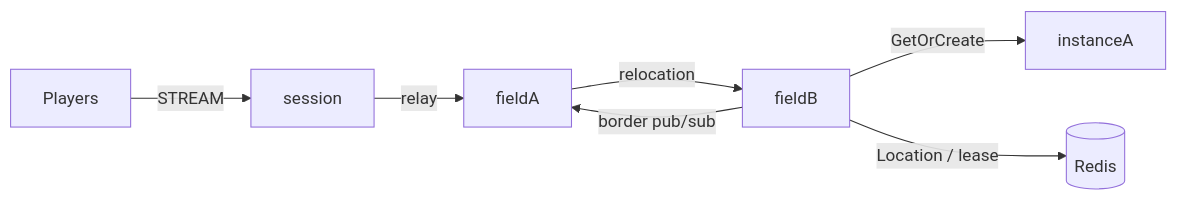
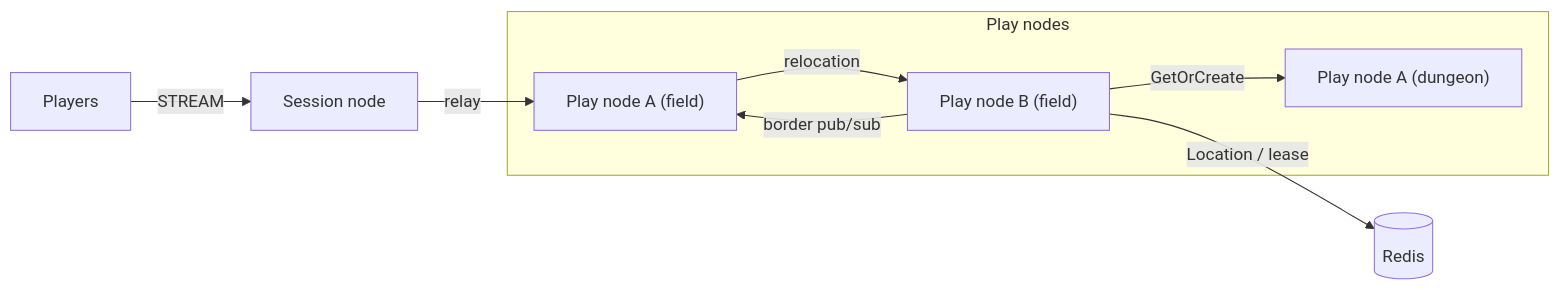
The diagram in framework/languages/node/templates/morpg-fields-instances/my-game/README.md (zlink-systems/zlink), drawn with Mermaid before and after one commit. The commit also changed other lines of this file and 223 other files, not shown here.

First line of the commit message:
docs(templates): 모든 템플릿의 노드 이름을 Session node · Play node · API node로 (#5350)

````diff
--- a/framework/languages/node/templates/morpg-fields-instances/my-game/README.md
+++ b/framework/languages/node/templates/morpg-fields-instances/my-game/README.md
@@ -5,9 +5,14 @@
 ```mermaid
 flowchart LR
-  players[Players] -->|STREAM| session
+  subgraph playNodes["Play nodes"]
+    fieldA["Play node A (field)"]
+    fieldB["Play node B (field)"]
+    instanceA["Play node A (dungeon)"]
+  end
+  players[Players] -->|STREAM| session["Session node"]
   session -->|relay| fieldA
   fieldA -->|relocation| fieldB
   fieldB -->|border pub/sub| fieldA
   fieldB -->|GetOrCreate| instanceA
   fieldB -->|Location / lease| location[(Redis)]
 ```
````
